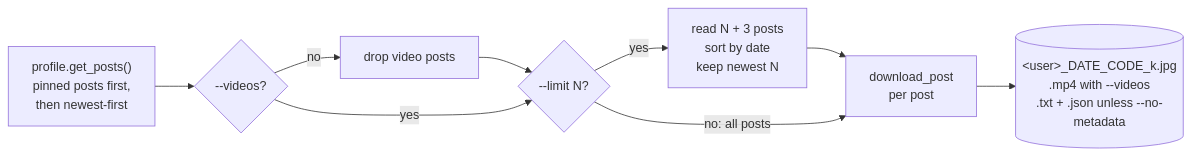
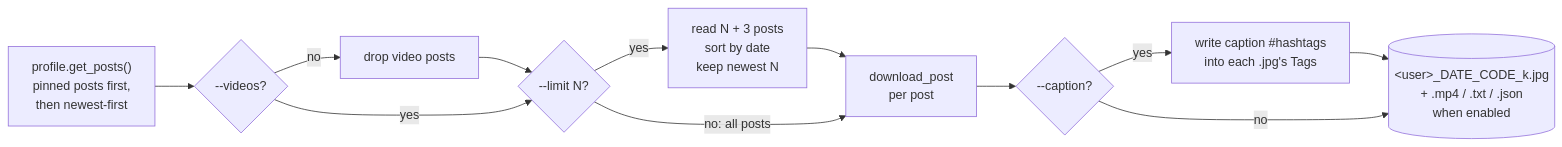
Before and after one commit to chl218/scratch: the second of 2 diagrams in ig-scraper/README.md, drawn with Mermaid. The commit also changed other lines of this file and 10 other files, not shown here.

````diff
--- a/ig-scraper/README.md
+++ b/ig-scraper/README.md
@@ -236,17 +167,21 @@
 ```mermaid
 flowchart LR
     feed["profile.get_posts()<br/>pinned posts first,<br/>then newest-first"]
     vid{"--videos?"}
     drop["drop video posts"]
     lim{"--limit N?"}
     take["read N + 3 posts<br/>sort by date<br/>keep newest N"]
     post["download_post<br/>per post"]
-    files[("&lt;user&gt;_DATE_CODE_k.jpg<br/>.mp4 with --videos<br/>.txt + .json unless --no-metadata")]
+    cap{"--caption?"}
+    tag["write caption #hashtags<br/>into each .jpg's Tags"]
+    files[("&lt;user&gt;_DATE_CODE_k.jpg<br/>+ .mp4 / .txt / .json<br/>when enabled")]
 
     feed --> vid
     vid -->|no| drop --> lim
     vid -->|yes| lim
     lim -->|yes| take --> post
     lim -->|"no: all posts"| post
-    post --> files
+    post --> cap
+    cap -->|yes| tag --> files
+    cap -->|no| files
 ```
````
